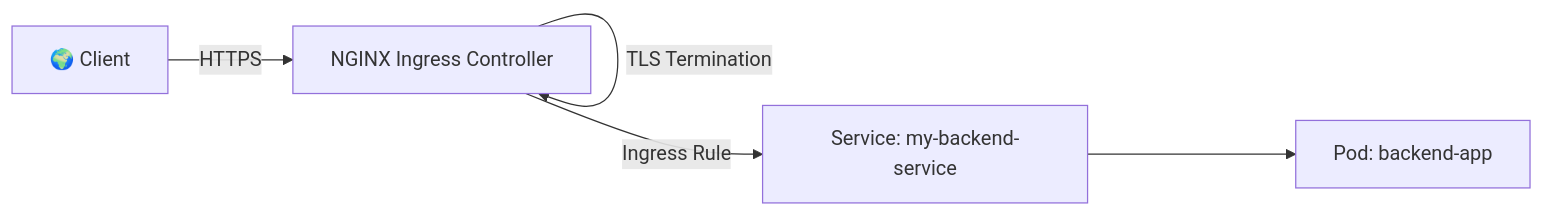
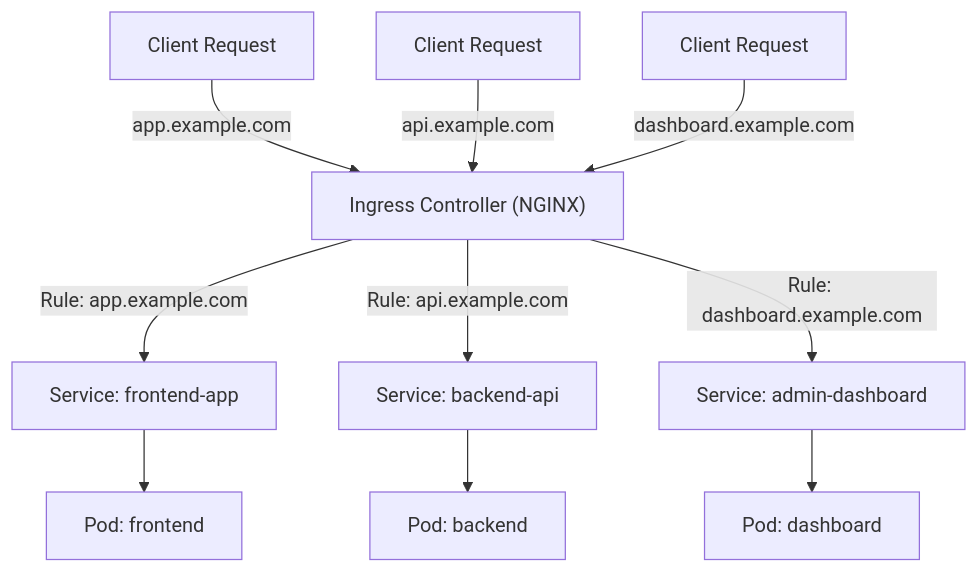
The second of 2 diagrams in day-45/Kubernetes.md (Keshavvv21/100-days-cloud), drawn with Mermaid before and after one commit. The commit also changed other lines of this file, not shown here.

````diff
--- a/day-45/Kubernetes.md
+++ b/day-45/Kubernetes.md
@@ -151,7 +170,14 @@
 ```mermaid
-graph LR
-    A[🌍 Client] -->|HTTPS| B[NGINX Ingress Controller]
-    B -->|TLS Termination| B
-    B -->|Ingress Rule| C[Service: my-backend-service]
-    C --> D[Pod: backend-app]
+flowchart TD
+    A[Client Request] -->|app.example.com| B["Ingress Controller (NGINX)"]
+    A2[Client Request] -->|api.example.com| B
+    A3[Client Request] -->|dashboard.example.com| B
+
+    B -->|Rule: app.example.com| C["Service: frontend-app"]
+    B -->|Rule: api.example.com| D["Service: backend-api"]
+    B -->|Rule: dashboard.example.com| E["Service: admin-dashboard"]
+
+    C --> C1["Pod: frontend"]
+    D --> D1["Pod: backend"]
+    E --> E1["Pod: dashboard"]
 ```
````
